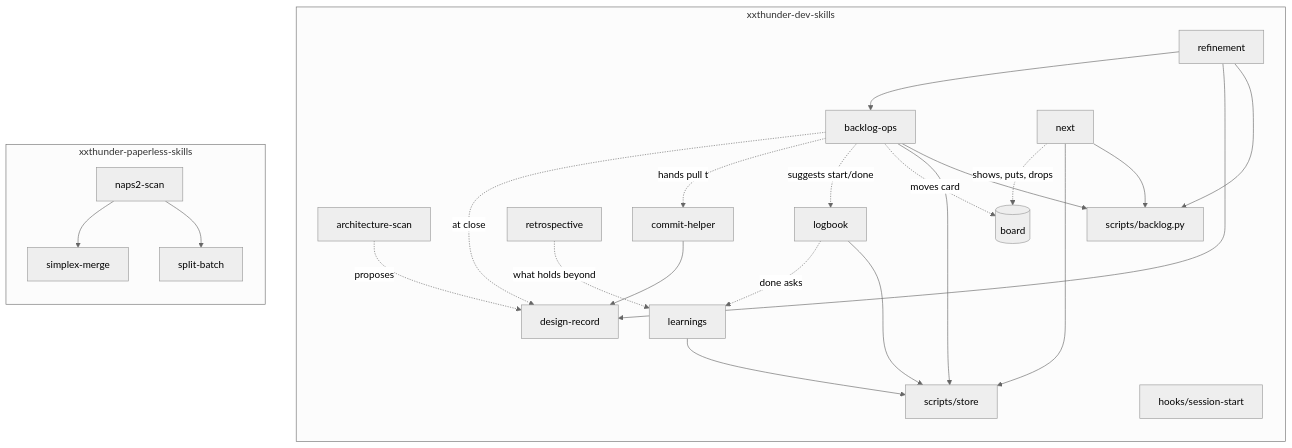
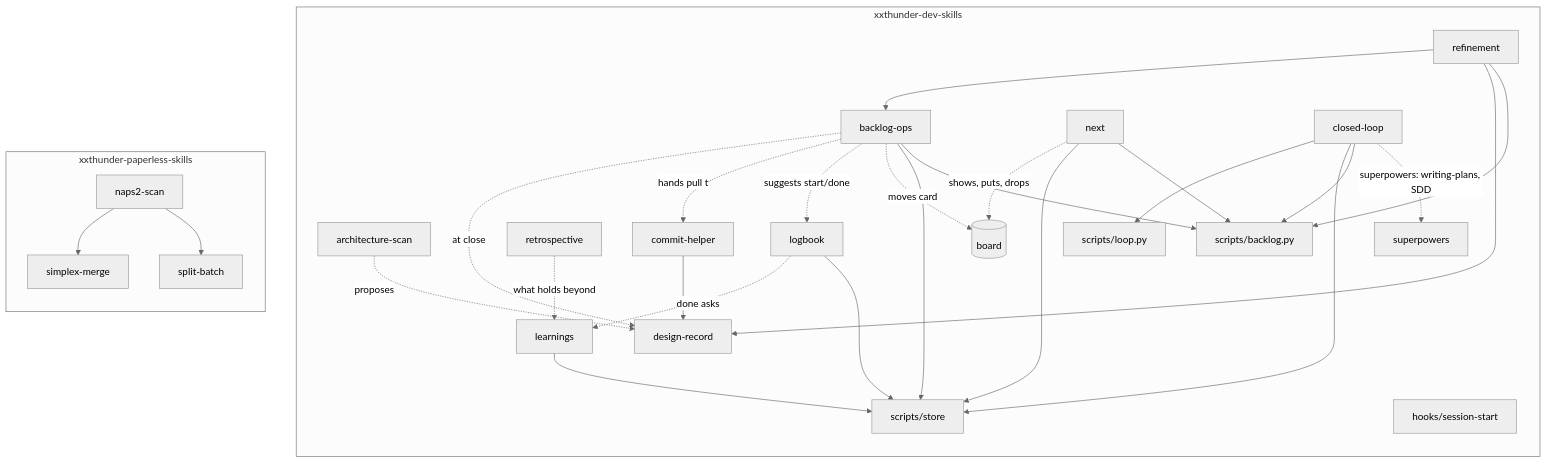
One commit to xxthunder/xxthunder-agentic-skills changed the third of 9 diagrams in docs/architecture.md. Above: the diagram before and after it, drawn with Mermaid (neutral theme). The commit also changed other lines of this file and 2 other files, not shown here.

Commit message:
docs: closed-loop in the skill lists and the architecture (XAS-055)

````diff
--- a/docs/architecture.md
+++ b/docs/architecture.md
@@ -70,31 +70,35 @@
 ```mermaid
 flowchart TB
     subgraph dev["xxthunder-dev-skills"]
         direction TB
         refinement --> backlog["backlog-ops"]
         refinement --> record["design-record"]
         scan["architecture-scan"] -.proposes.-> record
         commit["commit-helper"] --> record
         backlog -.at close.-> record
         backlog -.hands pull to.-> commit
         retro["retrospective"]
         retro -.what holds beyond.-> learn["learnings"]
         backlog -.suggests start/done.-> logb["logbook"]
         logb -.done asks.-> learn
         backlog -.moves card.-> board[("board")]
         nxt["next"] -.shows, puts, drops.-> board
         nxt --> storesh
         backlog --> storesh
         nxt --> backpy
         learn --> storesh["scripts/store"]
         logb --> storesh
         refinement --> backpy["scripts/backlog.py"]
         backlog --> backpy
+        loop["closed-loop"] --> loopy["scripts/loop.py"]
+        loop --> storesh
+        loop --> backpy
+        loop -.superpowers: writing-plans, SDD.-> sdd["superpowers"]
         hook["hooks/session-start"]
     end
     subgraph paper["xxthunder-paperless-skills"]
         direction TB
         scanp["naps2-scan"] --> merge["simplex-merge"]
         scanp --> split["split-batch"]
     end
 ```
````
